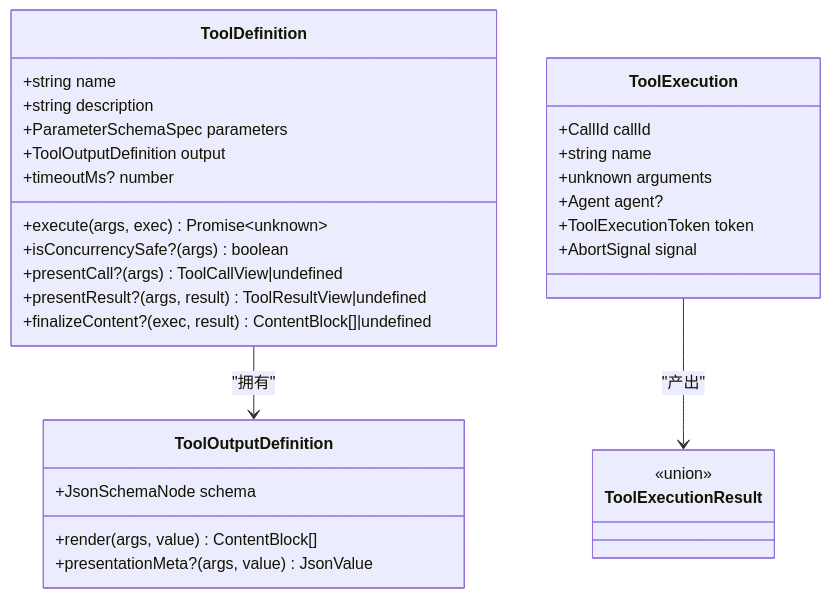
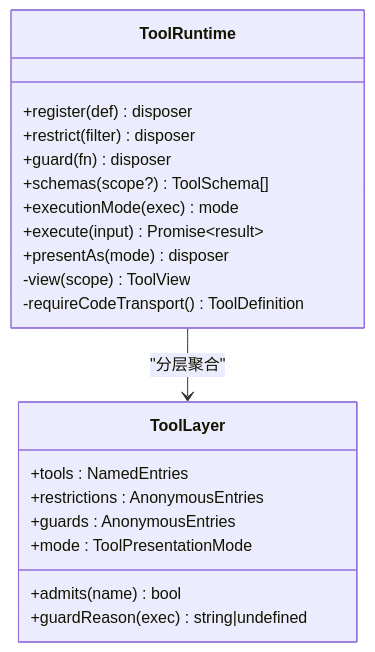
The fourth of 9 diagrams in .qoder/repowiki/zh/content/核心概念/工具系统.md (gongzili456/deepseek-harness), drawn with Mermaid before and after one commit. The commit also changed other lines of this file and 1001 other files, not shown here.

````diff
--- a/.qoder/repowiki/zh/content/核心概念/工具系统.md
+++ b/.qoder/repowiki/zh/content/核心概念/工具系统.md
@@ -176,33 +174,23 @@
 ```mermaid
 classDiagram
-class ToolDefinition {
-+string name
-+string description
-+ParameterSchemaSpec parameters
-+ToolOutputDefinition output
-+execute(args, exec) Promise~unknown~
-+timeoutMs? number
-+isConcurrencySafe?(args) boolean
-+presentCall?(args) ToolCallView|undefined
-+presentResult?(args, result) ToolResultView|undefined
-+finalizeContent?(exec, result) ContentBlock[]|undefined
+class ToolLayer {
++tools : NamedEntries
++restrictions : AnonymousEntries
++guards : AnonymousEntries
++mode : ToolPresentationMode
++admits(name) bool
++guardReason(exec) string|undefined
 }
-class ToolOutputDefinition {
-+JsonSchemaNode schema
-+render(args, value) ContentBlock[]
-+presentationMeta?(args, value) JsonValue
+class ToolRuntime {
++register(def) disposer
++restrict(filter) disposer
++guard(fn) disposer
++schemas(scope?) ToolSchema[]
++executionMode(exec) mode
++execute(input) Promise~result~
++presentAs(mode) disposer
+-view(scope) ToolView
+-requireCodeTransport() ToolDefinition
 }
-class ToolExecution {
-+CallId callId
-+string name
-+unknown arguments
-+Agent agent?
-+ToolExecutionToken token
-+AbortSignal signal
-}
-class ToolExecutionResult {
-<<union>>
-}
-ToolDefinition --> ToolOutputDefinition : "拥有"
-ToolExecution --> ToolExecutionResult : "产出"
+ToolRuntime --> ToolLayer : "分层聚合"
 ```
````
